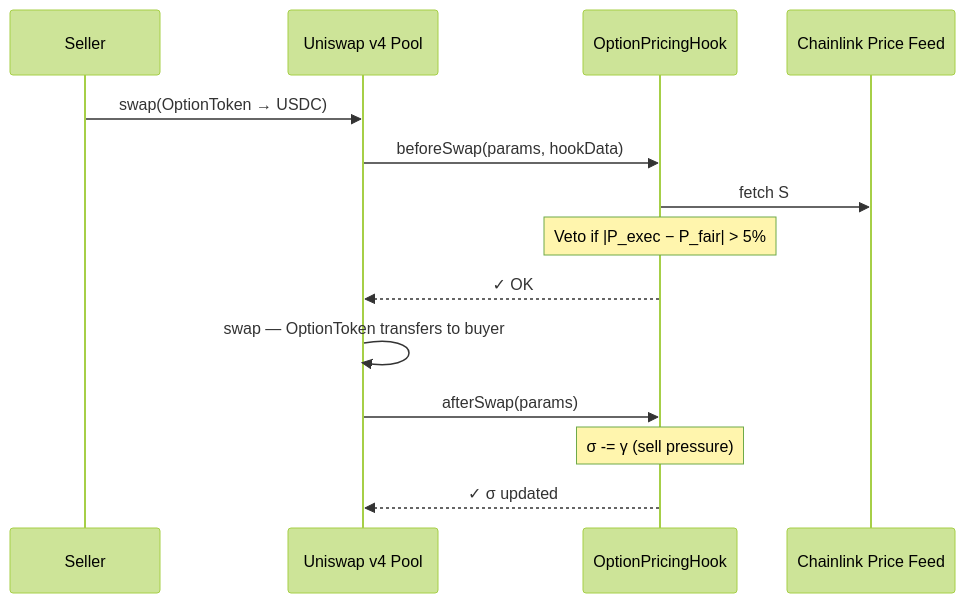
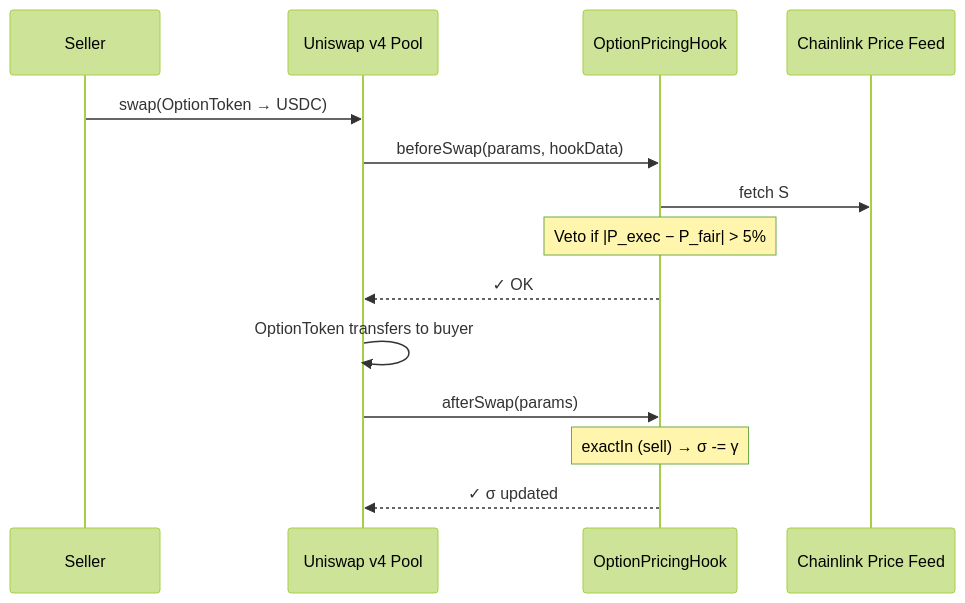
The fifth of 6 diagrams in README.md (oslinin/Smile), drawn with Mermaid (forest theme) before and after one commit. The commit also changed other lines of this file and 8 other files, not shown here.

Commit message:
Add AuthorizeRange flow, expand vault + hook, update docs

````diff
--- a/README.md
+++ b/README.md
@@ -175,17 +191,17 @@
 ```mermaid
 sequenceDiagram
     participant Seller
     participant Pool as Uniswap v4 Pool
     participant Hook as OptionPricingHook
     participant Oracle as Chainlink Price Feed
 
     Seller->>Pool: swap(OptionToken → USDC)
     Pool->>Hook: beforeSwap(params, hookData)
     Hook->>Oracle: fetch S
     Note over Hook: Veto if |P_exec − P_fair| > 5%
     Hook-->>Pool: ✓ OK
-    Pool->>Pool: swap — OptionToken transfers to buyer
+    Pool->>Pool: OptionToken transfers to buyer
     Pool->>Hook: afterSwap(params)
-    Note over Hook: σ -= γ (sell pressure)
+    Note over Hook: exactIn (sell) → σ -= γ
     Hook-->>Pool: ✓ σ updated
 ```
````
